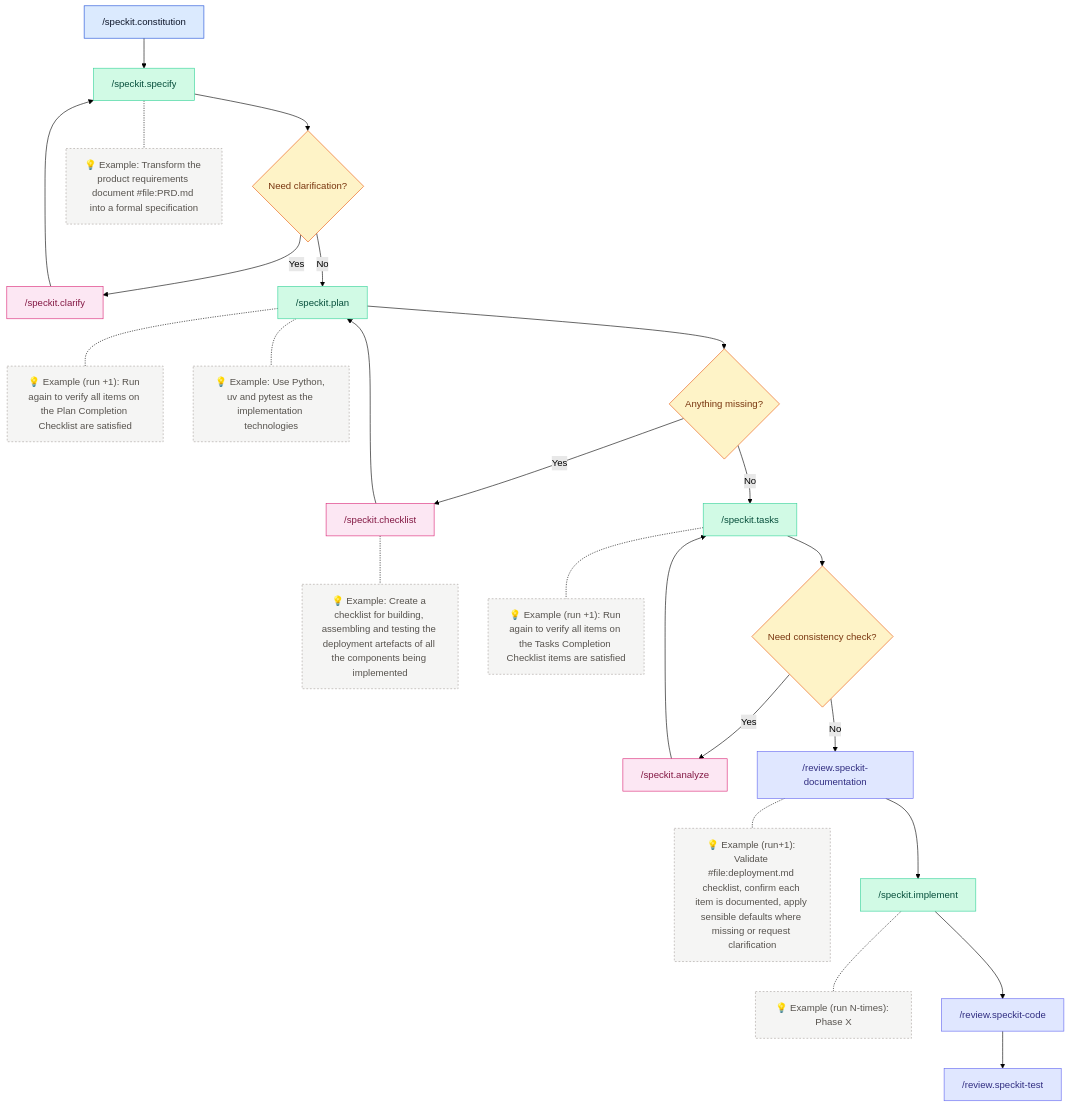
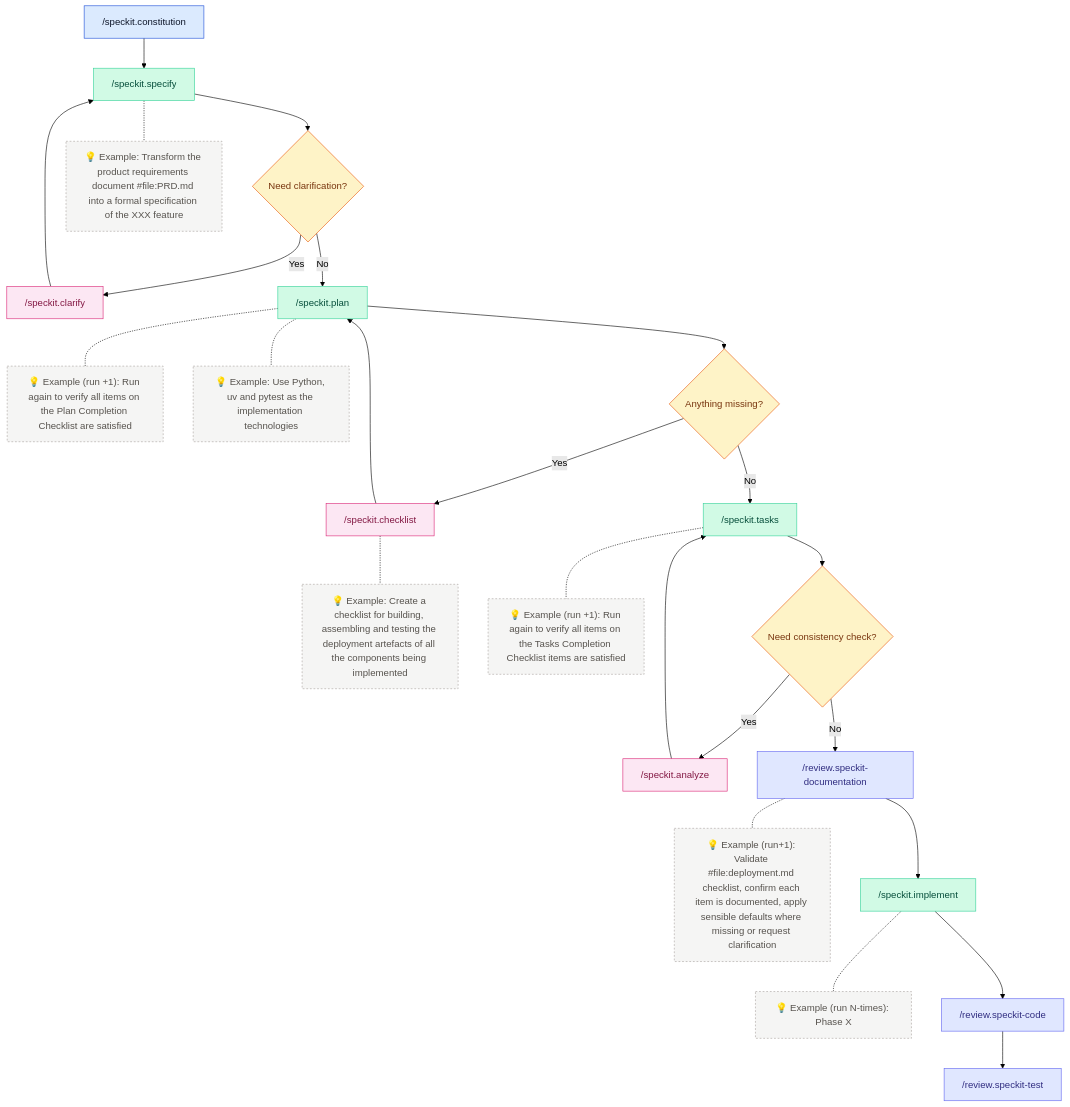
The diagram in README.md (stefaniuk/promptfiles), drawn with Mermaid (forest theme) before and after one commit.

Commit message:
fix(readme): clarify example in specification transformation

````diff
--- a/README.md
+++ b/README.md
@@ -91,43 +91,43 @@
 ```mermaid
 flowchart TD
   constitution["/speckit.constitution"] --> specify["/speckit.specify"]
 
   specify --> needClarification{Need clarification?}
-  specify -.- specifyNote["💡 Example: Transform the product requirements document #file:PRD.md into a formal specification"]
+  specify -.- specifyNote["💡 Example: Transform the product requirements document #file:PRD.md into a formal specification of the XXX feature"]
   needClarification -- Yes --> clarify["/speckit.clarify"]
   clarify --> specify
   needClarification -- No --> plan["/speckit.plan"]
   plan -.- planNote["💡 Example (run +1): Run again to verify all items on the Plan Completion Checklist are satisfied"]
   plan -.- planNote2["💡 Example: Use Python, uv and pytest as the implementation technologies"]
 
   plan --> domainCoverage{Anything missing?}
   domainCoverage -- Yes --> checklist["/speckit.checklist"]
   checklist --> plan
   checklist -.- checklistNote["💡 Example: Create a checklist for building, assembling and testing the deployment artefacts of all the components being implemented"]
   domainCoverage -- No --> tasks["/speckit.tasks"]
   tasks -.- tasksNote["💡 Example (run +1): Run again to verify all items on the Tasks Completion Checklist items are satisfied"]
 
   tasks --> consistency{Need consistency check?}
   consistency -- Yes --> analyze["/speckit.analyze"]
   analyze --> tasks
   consistency -- No --> reviewDocs["/review.speckit-documentation"]
   reviewDocs -.- reviewDocsNote["💡 Example (run+1): Validate #file:deployment.md checklist, confirm each item is documented, apply sensible defaults where missing or request clarification"]
   reviewDocs --> implement["/speckit.implement"]
   implement -.- implementNote["💡 Example (run N-times): Phase X"]
   implement --> reviewCode["/review.speckit-code"]
   reviewCode --> reviewTest["/review.speckit-test"]
 
   classDef source fill:#dbeafe,stroke:#1d4ed8,color:#0f172a,stroke-width:1px;
   classDef action fill:#d1fae5,stroke:#34d399,color:#064e3b,stroke-width:1px;
   classDef question fill:#fef3c7,stroke:#ea580c,color:#78350f,stroke-width:1px;
   classDef review fill:#fce7f3,stroke:#db2777,color:#831843,stroke-width:1px;
   classDef docReview fill:#e0e7ff,stroke:#6366f1,color:#312e81,stroke-width:1px;
   classDef note fill:#f5f5f4,stroke:#a8a29e,color:#57534e,stroke-width:1px,stroke-dasharray:3;
 
   class constitution source;
   class specify,plan,tasks,implement action;
   class needClarification,domainCoverage,consistency question;
   class clarify,checklist,analyze review;
   class reviewDocs,reviewCode,reviewTest docReview;
   class specifyNote,checklistNote,planNote,planNote2,tasksNote,implementNote,reviewDocsNote note;
 ```
````
